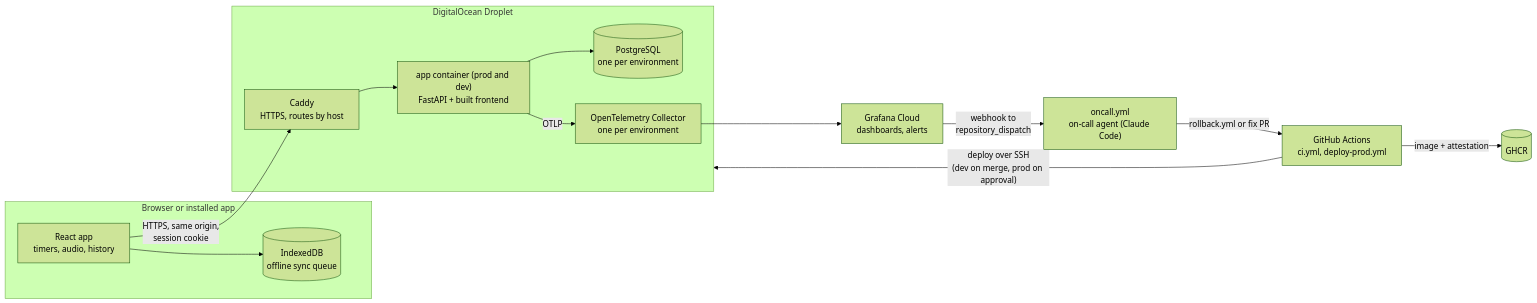
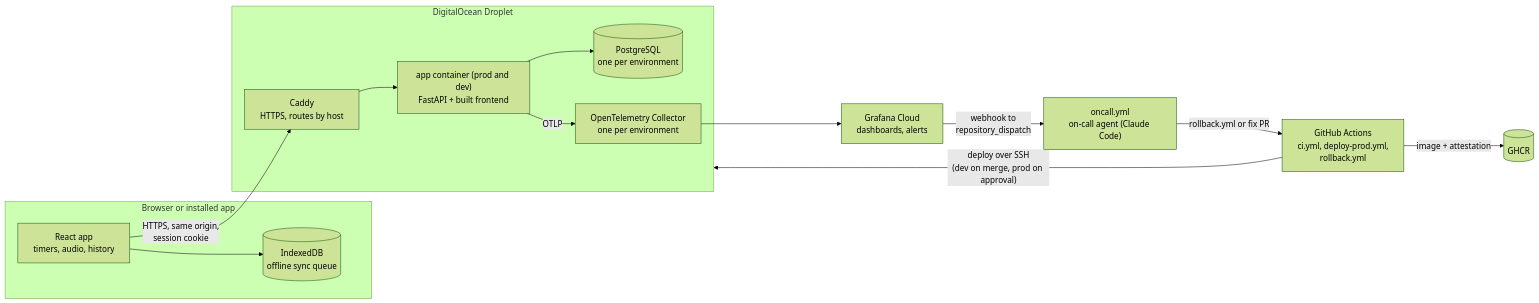
Before and after one commit to ybenzine/ineedtofocus: the diagram in README.md, drawn with Mermaid (forest theme). The commit also changed other lines of this file, not shown here.

Commit message:
docs: README prerequisites match the Makefile; rollback.yml in the diagram (Refs #36)

````diff
--- a/README.md
+++ b/README.md
@@ -48,21 +48,21 @@
 ```mermaid
 flowchart LR
     subgraph Device["Browser or installed app"]
         UI["React app<br/>timers, audio, history"] --> IDB[("IndexedDB<br/>offline sync queue")]
     end
     subgraph Droplet["DigitalOcean Droplet"]
         Caddy["Caddy<br/>HTTPS, routes by host"]
         App["app container (prod and dev)<br/>FastAPI + built frontend"]
         DB[("PostgreSQL<br/>one per environment")]
         Col["OpenTelemetry Collector<br/>one per environment"]
         Caddy --> App
         App --> DB
         App -- OTLP --> Col
     end
     UI -- "HTTPS, same origin,<br/>session cookie" --> Caddy
     Col --> Grafana["Grafana Cloud<br/>dashboards, alerts"]
     Grafana -- "webhook to<br/>repository_dispatch" --> OnCall["oncall.yml<br/>on-call agent (Claude Code)"]
     OnCall -- "rollback.yml or fix PR" --> CI
-    CI["GitHub Actions<br/>ci.yml, deploy-prod.yml"] -- "image + attestation" --> GHCR[("GHCR")]
+    CI["GitHub Actions<br/>ci.yml, deploy-prod.yml,<br/>rollback.yml"] -- "image + attestation" --> GHCR[("GHCR")]
     CI -- "deploy over SSH<br/>(dev on merge, prod on approval)" --> Droplet
 ```
````
